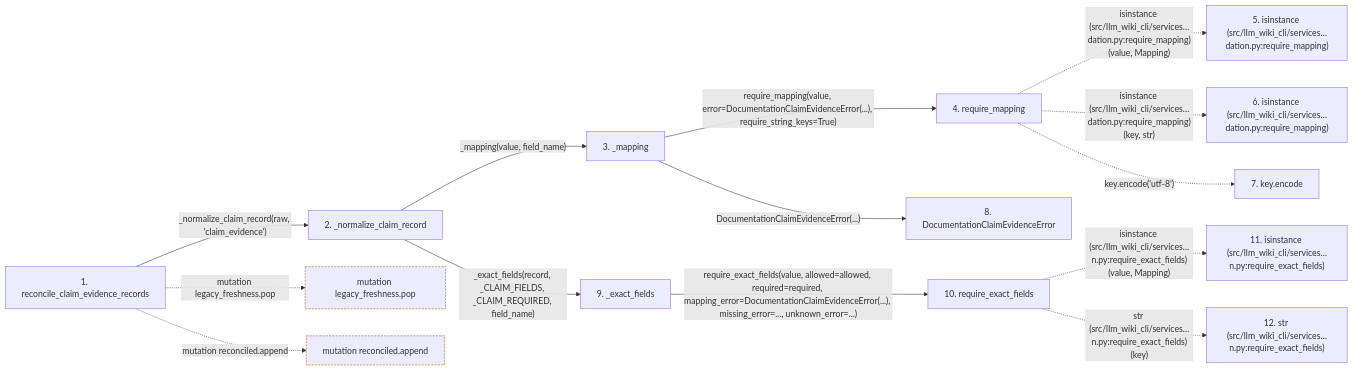
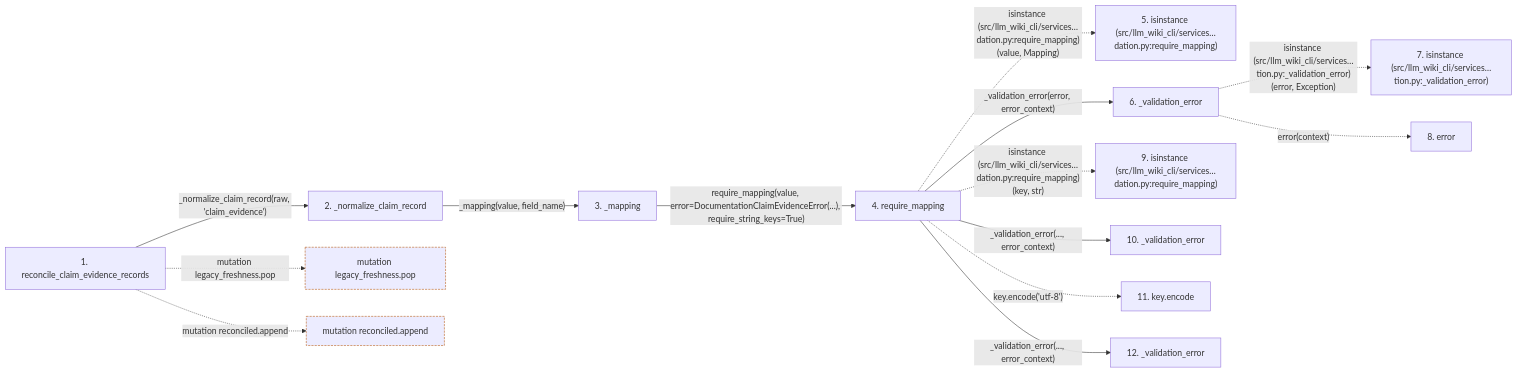
One commit to Denissvgn/python-wiki-llm changed the second of 2 diagrams in docs/llm_wiki/flows/api-reconcile_claim_evidence_records.md. Above: the diagram before and after it, drawn with Mermaid. The commit also changed other lines of this file and 627 other files, not shown here.

````diff
--- a/docs/llm_wiki/flows/api-reconcile_claim_evidence_records.md
+++ b/docs/llm_wiki/flows/api-reconcile_claim_evidence_records.md
@@ -129,40 +129,40 @@
 ```mermaid
 flowchart LR
     s1["1. reconcile_claim_evidence_records"]
     s2["2. _normalize_claim_record"]
     s3["3. _mapping"]
     s4["4. require_mapping"]
     s5["5. isinstance (src/llm_wiki_cli/services…dation.py:require_mapping)"]
-    s6["6. isinstance (src/llm_wiki_cli/services…dation.py:require_mapping)"]
-    s7["7. key.encode"]
-    s8["8. DocumentationClaimEvidenceError"]
-    s9["9. _exact_fields"]
-    s10["10. require_exact_fields"]
-    s11["11. isinstance (src/llm_wiki_cli/services…n.py:require_exact_fields)"]
-    s12["12. str (src/llm_wiki_cli/services…n.py:require_exact_fields)"]
+    s6["6. _validation_error"]
+    s7["7. isinstance (src/llm_wiki_cli/services…tion.py:_validation_error)"]
+    s8["8. error"]
+    s9["9. isinstance (src/llm_wiki_cli/services…dation.py:require_mapping)"]
+    s10["10. _validation_error"]
+    s11["11. key.encode"]
+    s12["12. _validation_error"]
     s1 -->|"_normalize_claim_record(raw, 'claim_evidence')"| s2
     s2 -->|"_mapping(value, field_name)"| s3
     s3 -->|"require_mapping(value, error=DocumentationClaimEvidenceError(...), require_string_keys=True)"| s4
     s4 -. "isinstance (src/llm_wiki_cli/services…dation.py:require_mapping)(value, Mapping)" .-> s5
-    s4 -. "isinstance (src/llm_wiki_cli/services…dation.py:require_mapping)(key, str)" .-> s6
-    s4 -. "key.encode('utf-8')" .-> s7
-    s3 -->|"DocumentationClaimEvidenceError(...)"| s8
-    s2 -->|"_exact_fields(record, _CLAIM_FIELDS, _CLAIM_REQUIRED, field_name)"| s9
-    s9 -->|"require_exact_fields(value, allowed=allowed, required=required, mapping_error=DocumentationClaimEvidenceError(...), missing_error=..., unknown_error=...)"| s10
-    s10 -. "isinstance (src/llm_wiki_cli/services…n.py:require_exact_fields)(value, Mapping)" .-> s11
-    s10 -. "str (src/llm_wiki_cli/services…n.py:require_exact_fields)(key)" .-> s12
+    s4 -->|"_validation_error(error, error_context)"| s6
+    s6 -. "isinstance (src/llm_wiki_cli/services…tion.py:_validation_error)(error, Exception)" .-> s7
+    s6 -. "error(context)" .-> s8
+    s4 -. "isinstance (src/llm_wiki_cli/services…dation.py:require_mapping)(key, str)" .-> s9
+    s4 -->|"_validation_error(..., error_context)"| s10
+    s4 -. "key.encode('utf-8')" .-> s11
+    s4 -->|"_validation_error(..., error_context)"| s12
     b0["mutation legacy_freshness.pop"]
     s1 -. "mutation legacy_freshness.pop" .-> b0
     b1["mutation reconciled.append"]
     s1 -. "mutation reconciled.append" .-> b1
     click s1 "../modules/documentation_claim_evidence.md"
     click s2 "../modules/documentation_claim_evidence.md"
     click s3 "../modules/documentation_claim_evidence.md"
     click s4 "../modules/validation.md"
-    click s8 "../modules/documentation_claim_evidence.md"
-    click s9 "../modules/documentation_claim_evidence.md"
+    click s6 "../modules/validation.md"
     click s10 "../modules/validation.md"
+    click s12 "../modules/validation.md"
     classDef boundary stroke:#b45309,stroke-dasharray: 4 2
     class b0 boundary
     class b1 boundary
 ```
````
